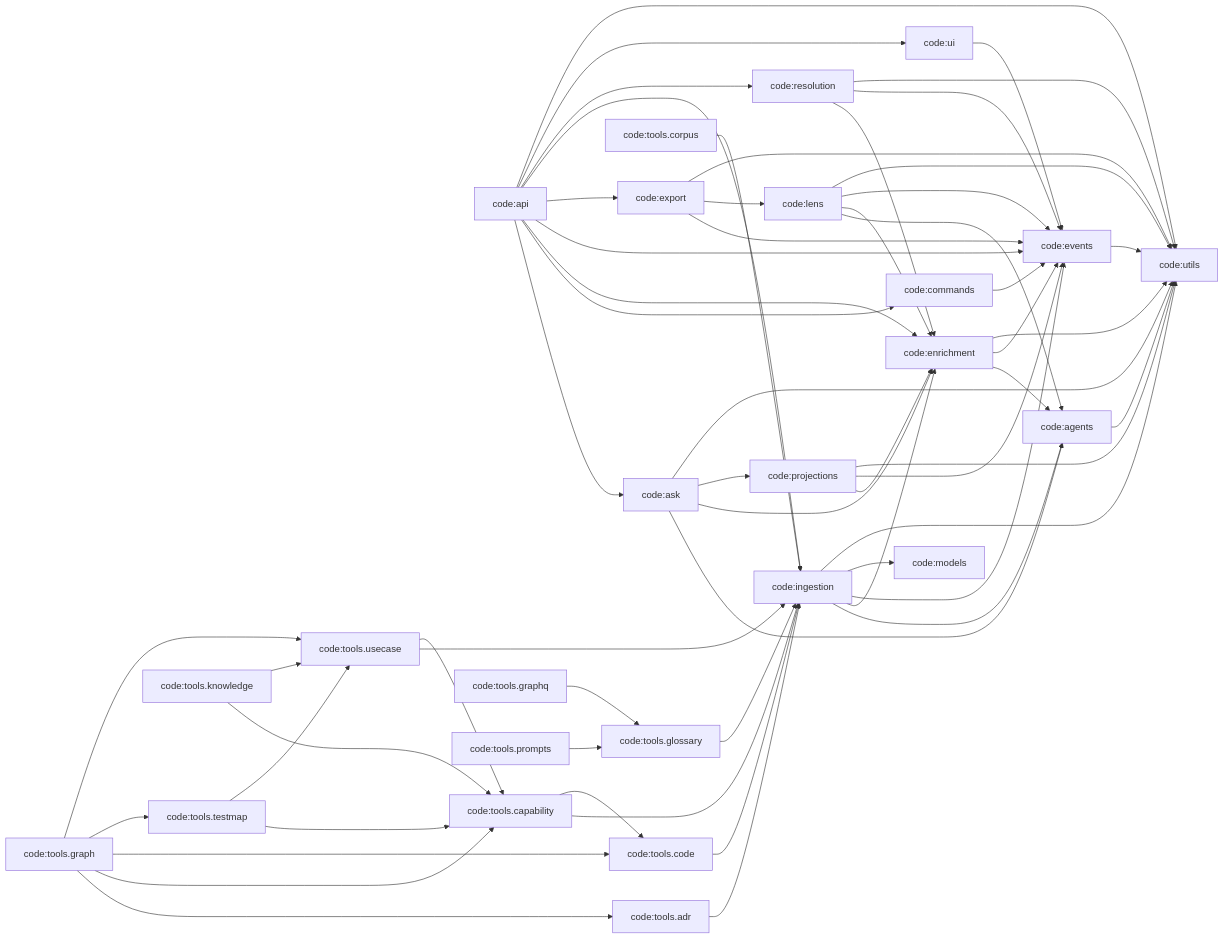
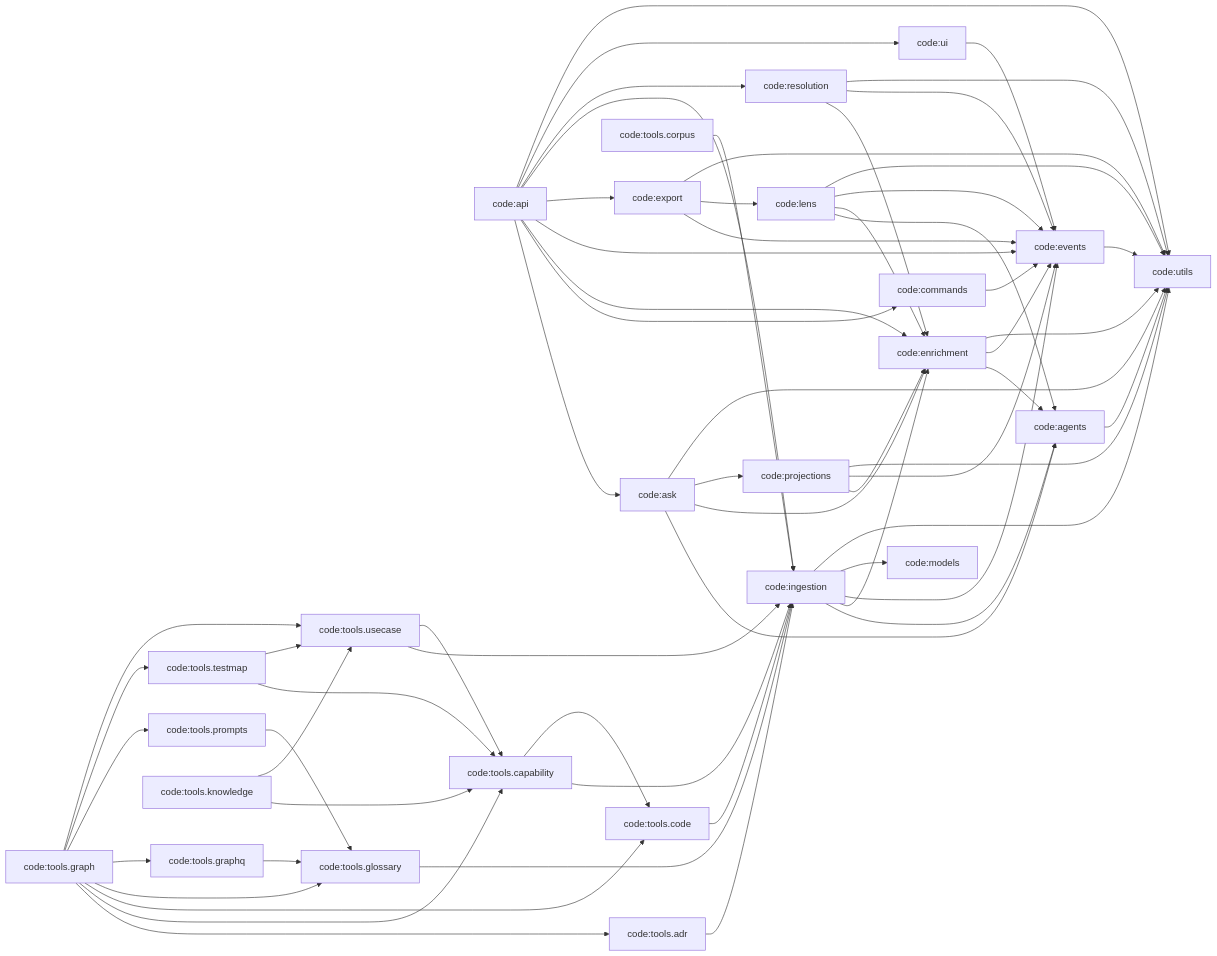
Before and after one commit to DigitalCowboyN/interview_analyzer_chaining: the third of 10 diagrams in docs/graph/graph.md, drawn with Mermaid. The commit also changed other lines of this file and 19 other files, not shown here.

````diff
--- a/docs/graph/graph.md
+++ b/docs/graph/graph.md
@@ -159,60 +159,63 @@
 ```mermaid
 graph LR
     n_code_agents["code:agents"] --> n_code_utils["code:utils"]
     n_code_api["code:api"] --> n_code_ask["code:ask"]
     n_code_api["code:api"] --> n_code_commands["code:commands"]
     n_code_api["code:api"] --> n_code_enrichment["code:enrichment"]
     n_code_api["code:api"] --> n_code_events["code:events"]
     n_code_api["code:api"] --> n_code_export["code:export"]
     n_code_api["code:api"] --> n_code_ingestion["code:ingestion"]
     n_code_api["code:api"] --> n_code_resolution["code:resolution"]
     n_code_api["code:api"] --> n_code_ui["code:ui"]
     n_code_api["code:api"] --> n_code_utils["code:utils"]
     n_code_ask["code:ask"] --> n_code_agents["code:agents"]
     n_code_ask["code:ask"] --> n_code_enrichment["code:enrichment"]
     n_code_ask["code:ask"] --> n_code_projections["code:projections"]
     n_code_ask["code:ask"] --> n_code_utils["code:utils"]
     n_code_commands["code:commands"] --> n_code_events["code:events"]
     n_code_enrichment["code:enrichment"] --> n_code_agents["code:agents"]
     n_code_enrichment["code:enrichment"] --> n_code_events["code:events"]
     n_code_enrichment["code:enrichment"] --> n_code_utils["code:utils"]
     n_code_events["code:events"] --> n_code_utils["code:utils"]
     n_code_export["code:export"] --> n_code_events["code:events"]
     n_code_export["code:export"] --> n_code_lens["code:lens"]
     n_code_export["code:export"] --> n_code_utils["code:utils"]
     n_code_ingestion["code:ingestion"] --> n_code_agents["code:agents"]
     n_code_ingestion["code:ingestion"] --> n_code_enrichment["code:enrichment"]
     n_code_ingestion["code:ingestion"] --> n_code_events["code:events"]
     n_code_ingestion["code:ingestion"] --> n_code_models["code:models"]
     n_code_ingestion["code:ingestion"] --> n_code_utils["code:utils"]
     n_code_lens["code:lens"] --> n_code_agents["code:agents"]
     n_code_lens["code:lens"] --> n_code_enrichment["code:enrichment"]
     n_code_lens["code:lens"] --> n_code_events["code:events"]
     n_code_lens["code:lens"] --> n_code_utils["code:utils"]
     n_code_projections["code:projections"] --> n_code_enrichment["code:enrichment"]
     n_code_projections["code:projections"] --> n_code_events["code:events"]
     n_code_projections["code:projections"] --> n_code_utils["code:utils"]
     n_code_resolution["code:resolution"] --> n_code_enrichment["code:enrichment"]
     n_code_resolution["code:resolution"] --> n_code_events["code:events"]
     n_code_resolution["code:resolution"] --> n_code_utils["code:utils"]
     n_code_tools_adr["code:tools.adr"] --> n_code_ingestion["code:ingestion"]
     n_code_tools_capability["code:tools.capability"] --> n_code_ingestion["code:ingestion"]
     n_code_tools_capability["code:tools.capability"] --> n_code_tools_code["code:tools.code"]
     n_code_tools_code["code:tools.code"] --> n_code_ingestion["code:ingestion"]
     n_code_tools_corpus["code:tools.corpus"] --> n_code_ingestion["code:ingestion"]
     n_code_tools_glossary["code:tools.glossary"] --> n_code_ingestion["code:ingestion"]
     n_code_tools_graph["code:tools.graph"] --> n_code_tools_adr["code:tools.adr"]
     n_code_tools_graph["code:tools.graph"] --> n_code_tools_capability["code:tools.capability"]
     n_code_tools_graph["code:tools.graph"] --> n_code_tools_code["code:tools.code"]
+    n_code_tools_graph["code:tools.graph"] --> n_code_tools_glossary["code:tools.glossary"]
+    n_code_tools_graph["code:tools.graph"] --> n_code_tools_graphq["code:tools.graphq"]
+    n_code_tools_graph["code:tools.graph"] --> n_code_tools_prompts["code:tools.prompts"]
     n_code_tools_graph["code:tools.graph"] --> n_code_tools_testmap["code:tools.testmap"]
     n_code_tools_graph["code:tools.graph"] --> n_code_tools_usecase["code:tools.usecase"]
     n_code_tools_graphq["code:tools.graphq"] --> n_code_tools_glossary["code:tools.glossary"]
     n_code_tools_knowledge["code:tools.knowledge"] --> n_code_tools_capability["code:tools.capability"]
     n_code_tools_knowledge["code:tools.knowledge"] --> n_code_tools_usecase["code:tools.usecase"]
     n_code_tools_prompts["code:tools.prompts"] --> n_code_tools_glossary["code:tools.glossary"]
     n_code_tools_testmap["code:tools.testmap"] --> n_code_tools_capability["code:tools.capability"]
     n_code_tools_testmap["code:tools.testmap"] --> n_code_tools_usecase["code:tools.usecase"]
     n_code_tools_usecase["code:tools.usecase"] --> n_code_ingestion["code:ingestion"]
     n_code_tools_usecase["code:tools.usecase"] --> n_code_tools_capability["code:tools.capability"]
     n_code_ui["code:ui"] --> n_code_events["code:events"]
 ```
````
